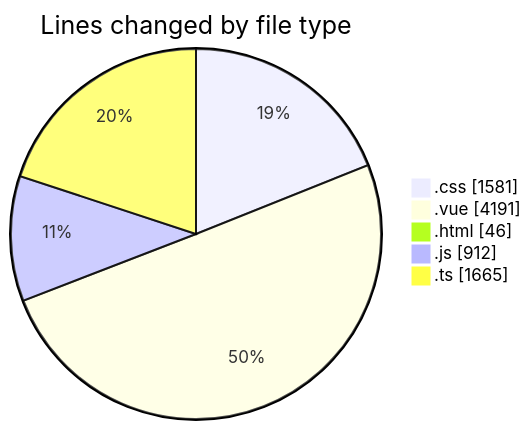
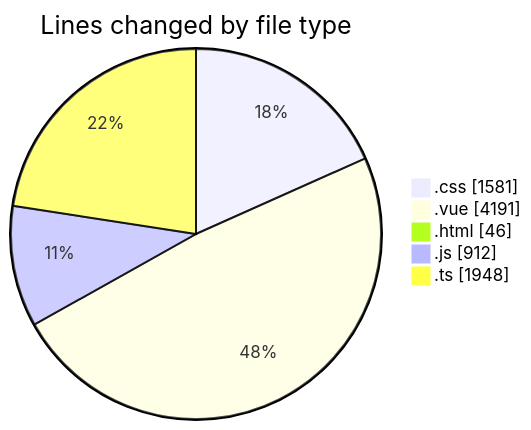
The first of 2 diagrams in 2025-08-18/rentotp/README.md (lephambinh05/code-tracking), drawn with Mermaid before and after one commit. The commit also changed other lines of this file and 1 other file, not shown here.

````diff
--- a/2025-08-18/rentotp/README.md
+++ b/2025-08-18/rentotp/README.md
@@ -45,9 +47,9 @@
 ```mermaid
 pie showData
 title Lines changed by file type
 ".css" : 1581
 ".vue" : 4191
 ".html" : 46
 ".js" : 912
-".ts" : 1665
+".ts" : 1948
 ```
````
